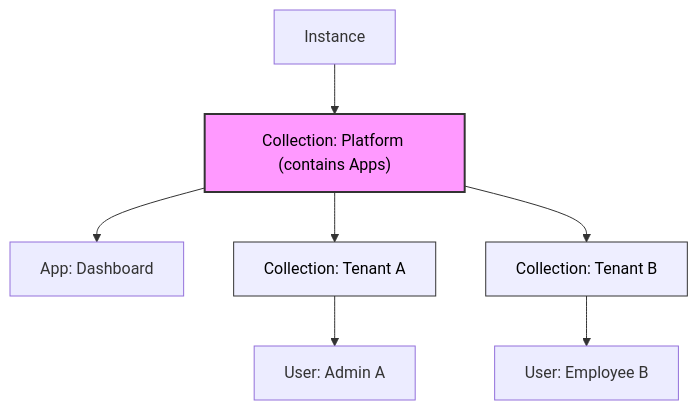
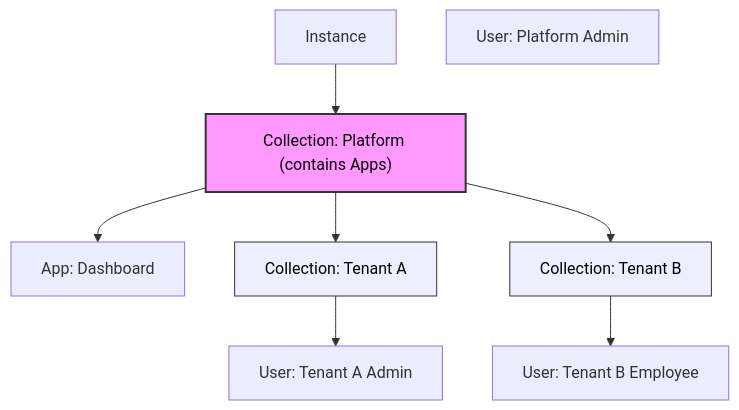
Before and after one commit to zitadel/zitadel: the fourth of 4 diagrams in aether_radical.md, drawn with Mermaid.

````diff
--- a/aether_radical.md
+++ b/aether_radical.md
@@ -190,26 +190,28 @@
 ```mermaid
 graph TD
     Instance[Instance]
     Platform["Collection: Platform (contains Apps)"]
 
     App["App: Dashboard"]
 
+    UserC["User: Platform Admin"]
+
     TenantA["Collection: Tenant A"]
-    UserA["User: Admin A"]
+    UserA["User: Tenant A Admin"]
 
     TenantB["Collection: Tenant B"]
-    UserB["User: Employee B"]
+    UserB["User: Tenant B Employee"]
 
     Instance --> Platform
     Platform --> TenantA
     Platform --> TenantB
 
     Platform --> App
 
     TenantA --> UserA
     TenantB --> UserB
 
     style Platform fill:#f9f,stroke:#333,stroke-width:2px,color:#000
     style TenantA fill:#eef,stroke:#333,stroke-width:1px,color:#000
     style TenantB fill:#eef,stroke:#333,stroke-width:1px,color:#000
 ```
````
